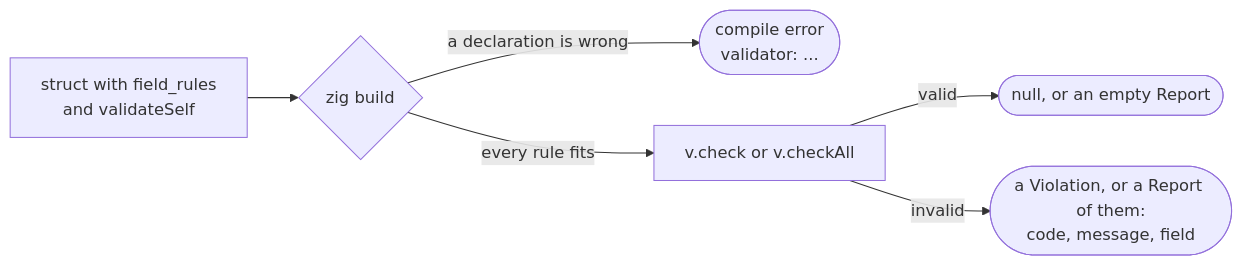
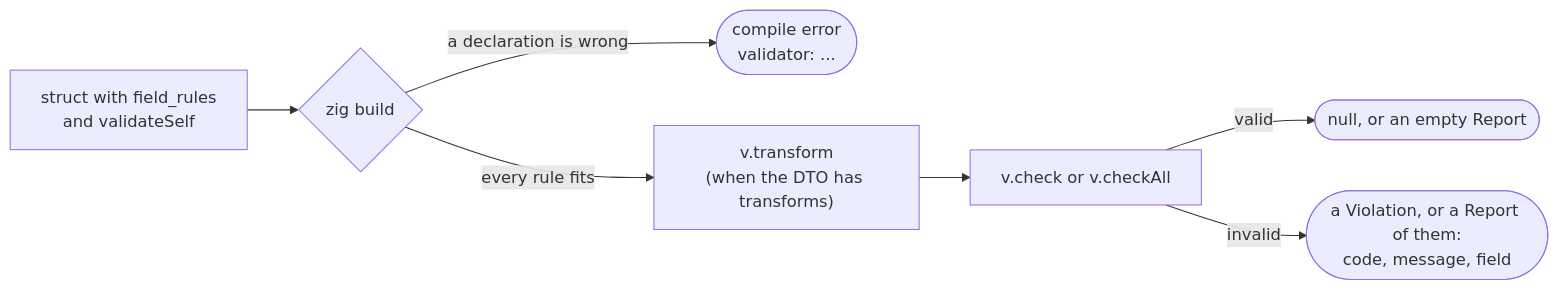
Before and after one commit to vkiryakov/zefir: the first of 2 diagrams in src/validator/examples/README.md, drawn with Mermaid. The commit also changed other lines of this file and 55 other files, not shown here.

````diff
--- a/src/validator/examples/README.md
+++ b/src/validator/examples/README.md
@@ -118,8 +120,9 @@
 ```mermaid
 flowchart LR
     dto["struct with field_rules<br/>and validateSelf"] --> build{"zig build"}
     build -->|"a declaration is wrong"| err(["compile error<br/>validator: ..."])
-    build -->|"every rule fits"| run["v.check or v.checkAll"]
+    build -->|"every rule fits"| tr["v.transform<br/>(when the DTO has transforms)"]
+    tr --> run["v.check or v.checkAll"]
     run -->|"valid"| ok(["null, or an empty Report"])
     run -->|"invalid"| violation(["a Violation, or a Report of them:<br/>code, message, field"])
 ```
````
